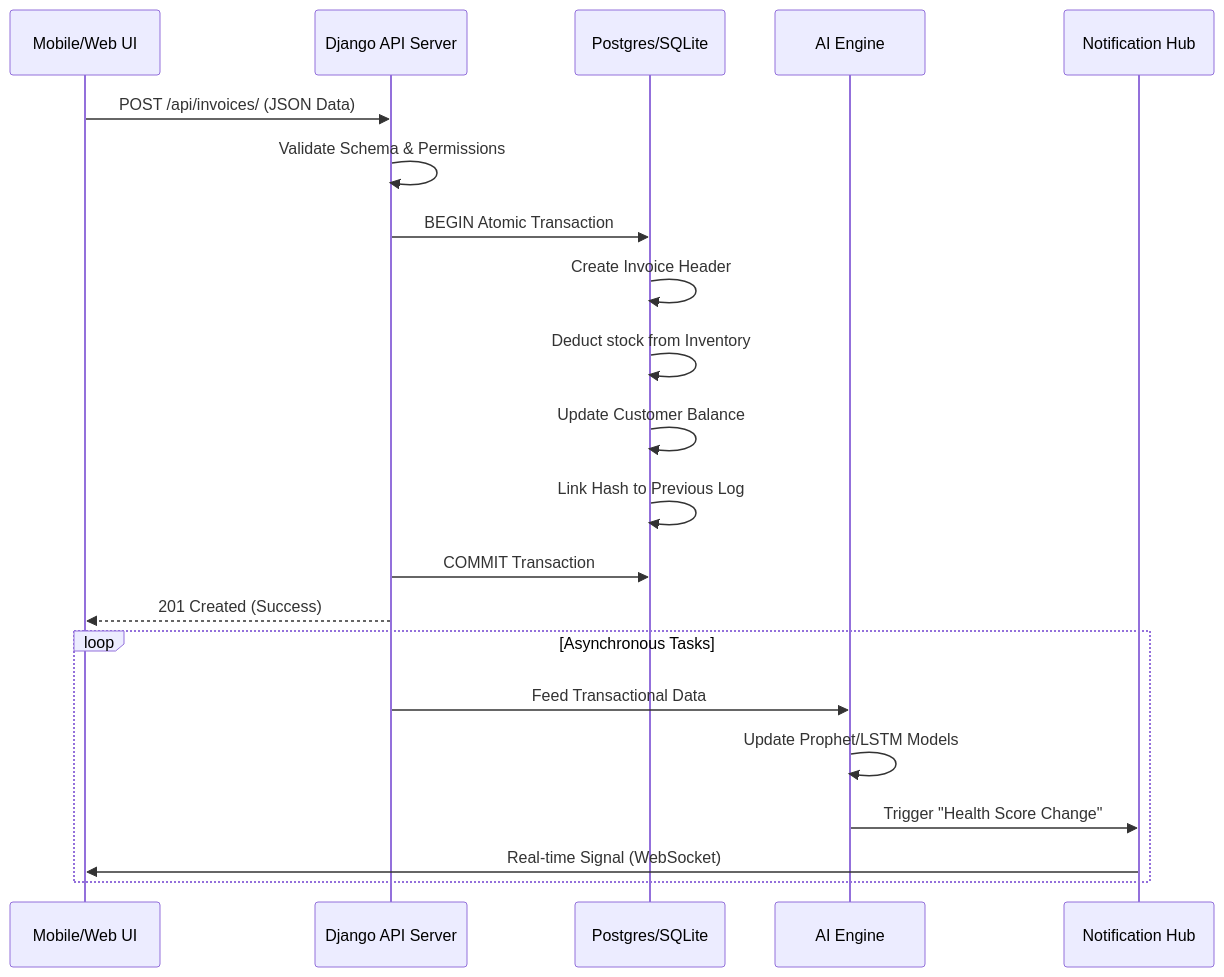
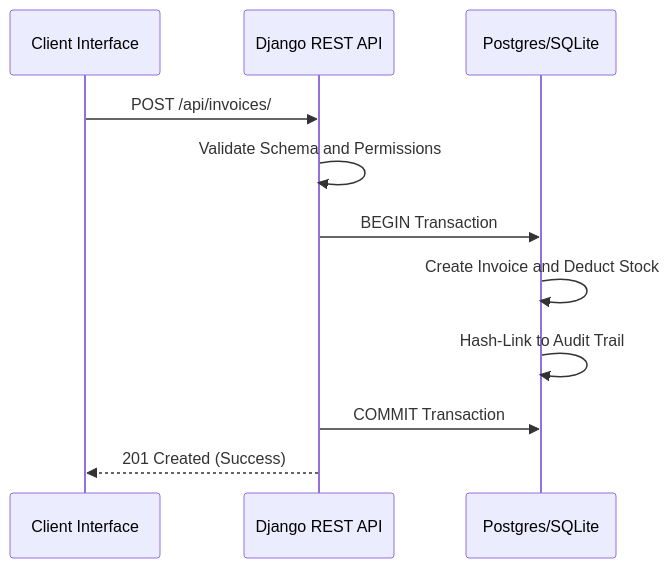
The fourth of 12 diagrams in documentation.md (DHEENA0007/GST-Billing-clg), drawn with Mermaid before and after one commit. The commit also changed other lines of this file and 5 other files, not shown here.

````diff
--- a/documentation.md
+++ b/documentation.md
@@ -254,24 +283,14 @@
 ```mermaid
 sequenceDiagram
-    participant UI as Mobile/Web UI
-    participant API as Django API Server
+    participant UI as Client Interface
+    participant API as Django REST API
     participant DB as Postgres/SQLite
-    participant AI as AI Engine
-    participant MSG as Notification Hub
-
-    UI->>API: POST /api/invoices/ (JSON Data)
-    API->>API: Validate Schema & Permissions
-    API->>DB: BEGIN Atomic Transaction
-    DB->>DB: Create Invoice Header
-    DB->>DB: Deduct stock from Inventory
-    DB->>DB: Update Customer Balance
-    DB->>DB: Link Hash to Previous Log
+    
+    UI->>API: POST /api/invoices/
+    API->>API: Validate Schema and Permissions
+    API->>DB: BEGIN Transaction
+    DB->>DB: Create Invoice and Deduct Stock
+    DB->>DB: Hash-Link to Audit Trail
     API->>DB: COMMIT Transaction
     API-->>UI: 201 Created (Success)
-    loop Asynchronous Tasks
-        API->>AI: Feed Transactional Data
-        AI->>AI: Update Prophet/LSTM Models
-        AI->>MSG: Trigger "Health Score Change"
-        MSG->>UI: Real-time Signal (WebSocket)
-    end
 ```
````
